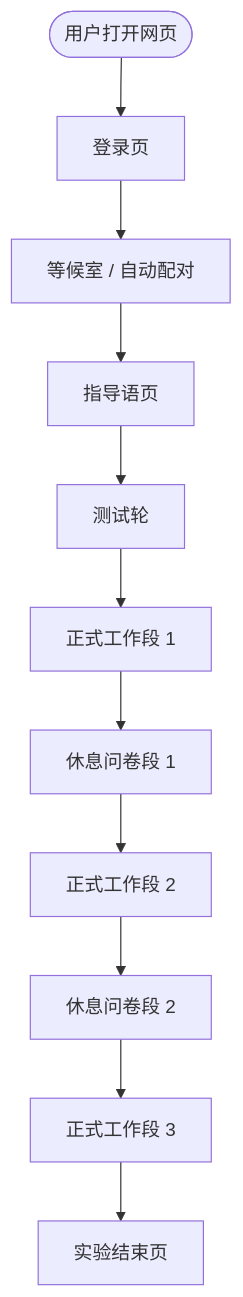
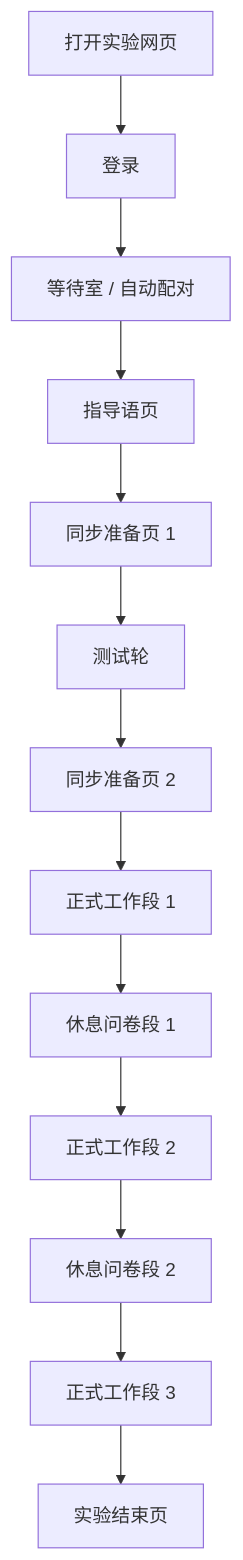
One commit to yezhouyedu/multicooperation changed the first of 4 diagrams in 02_specs/00_overview/APP_FLOW.md. Above: the diagram before and after it, drawn with Mermaid. The commit also changed other lines of this file and 33 other files, not shown here.

Commit message:
feat: randomize paired roles and audit experiment flow

````diff
--- a/02_specs/00_overview/APP_FLOW.md
+++ b/02_specs/00_overview/APP_FLOW.md
@@ -10,13 +14,15 @@
 ```mermaid
 flowchart TD
-    Start([用户打开网页]) --> Login[登录页]
-    Login --> Waiting[等候室 / 自动配对]
-    Waiting --> Instruction[指导语页]
-    Instruction --> Practice[测试轮]
-    Practice --> Work1[正式工作段 1]
-    Work1 --> Break1[休息问卷段 1]
-    Break1 --> Work2[正式工作段 2]
-    Work2 --> Break2[休息问卷段 2]
-    Break2 --> Work3[正式工作段 3]
-    Work3 --> End[实验结束页]
+    Start["打开实验网页"] --> Login["登录"]
+    Login --> Waiting["等待室 / 自动配对"]
+    Waiting --> Instruction["指导语页"]
+    Instruction --> ReadyPractice["同步准备页 1"]
+    ReadyPractice --> Practice["测试轮"]
+    Practice --> ReadyFormal["同步准备页 2"]
+    ReadyFormal --> Work1["正式工作段 1"]
+    Work1 --> Break1["休息问卷段 1"]
+    Break1 --> Work2["正式工作段 2"]
+    Work2 --> Break2["休息问卷段 2"]
+    Break2 --> Work3["正式工作段 3"]
+    Work3 --> End["实验结束页"]
 ```
````
